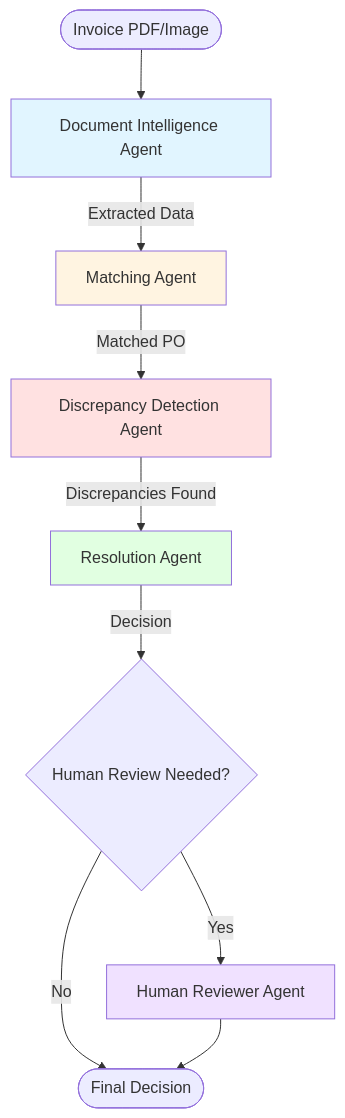
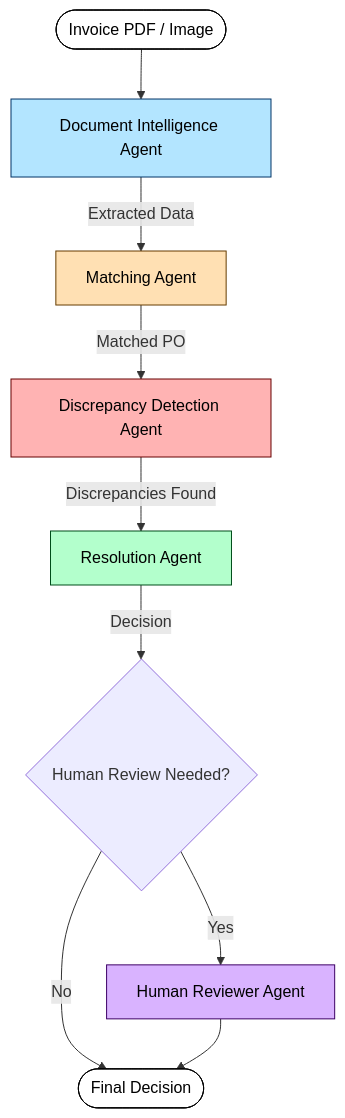
The first of 3 diagrams in README.md (saikiranpulagalla/Invoice_Reconciliation_System), drawn with Mermaid before and after one commit.

````diff
--- a/README.md
+++ b/README.md
@@ -28,17 +28,22 @@
 ```mermaid
 graph TB
-    Start([Invoice PDF/Image]) --> DI[Document Intelligence Agent]
+    Start([Invoice PDF / Image]) --> DI[Document Intelligence Agent]
     DI -->|Extracted Data| MA[Matching Agent]
     MA -->|Matched PO| DD[Discrepancy Detection Agent]
     DD -->|Discrepancies Found| RR[Resolution Agent]
     RR -->|Decision| HR{Human Review Needed?}
     HR -->|Yes| HRA[Human Reviewer Agent]
     HR -->|No| End([Final Decision])
     HRA --> End
-    
-    style DI fill:#e1f5ff
-    style MA fill:#fff4e1
-    style DD fill:#ffe1e1
-    style RR fill:#e1ffe1
-    style HRA fill:#f0e1ff
+
+    %% Styles with strong contrast
+    style Start fill:#ffffff,stroke:#000000,color:#000000
+    style End fill:#ffffff,stroke:#000000,color:#000000
+
+    style DI fill:#b3e5ff,stroke:#003366,color:#000000
+    style MA fill:#ffe0b3,stroke:#663c00,color:#000000
+    style DD fill:#ffb3b3,stroke:#660000,color:#000000
+    style RR fill:#b3ffcc,stroke:#004d1a,color:#000000
+    style HRA fill:#d9b3ff,stroke:#3d0066,color:#000000
+
 ```
````
